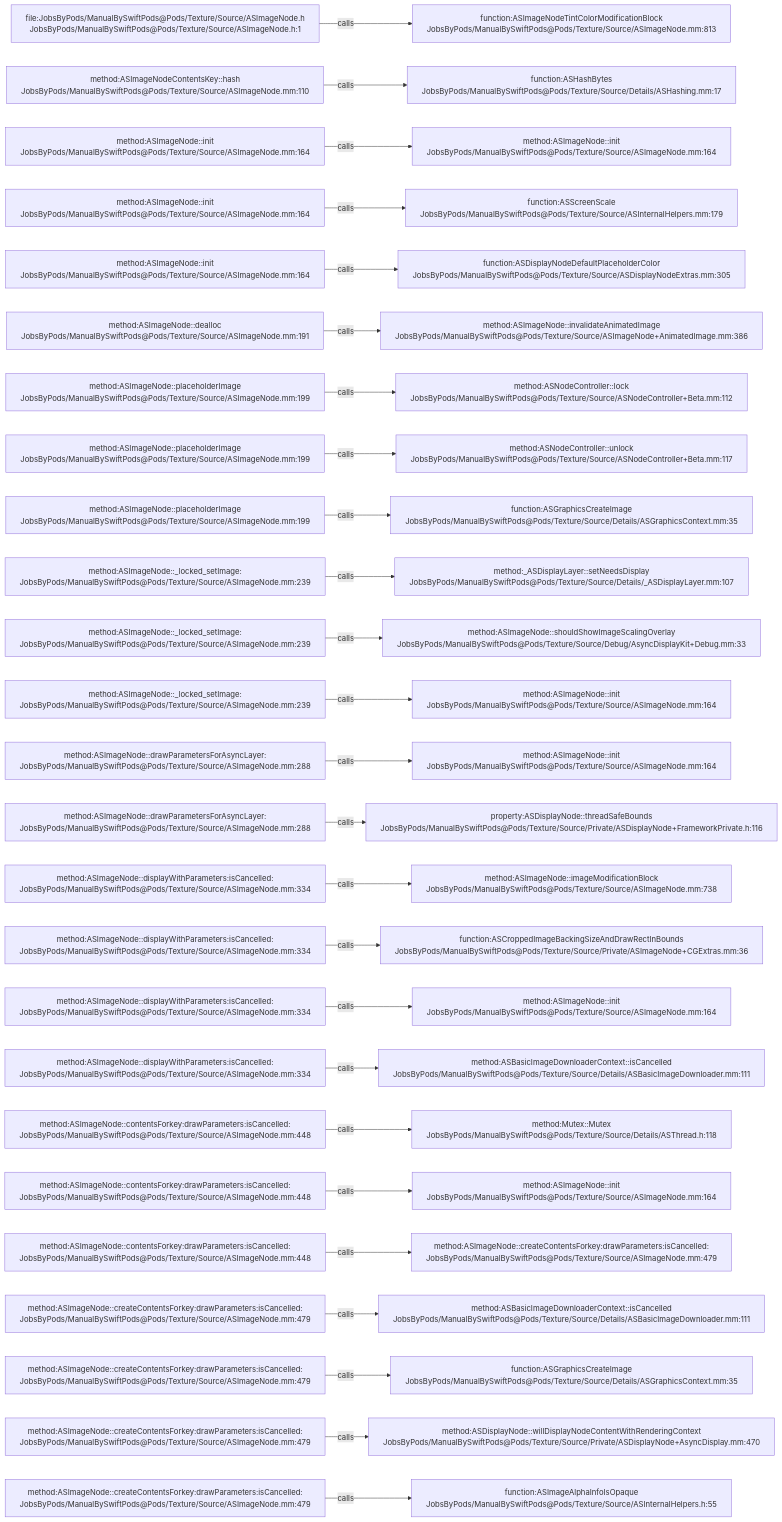
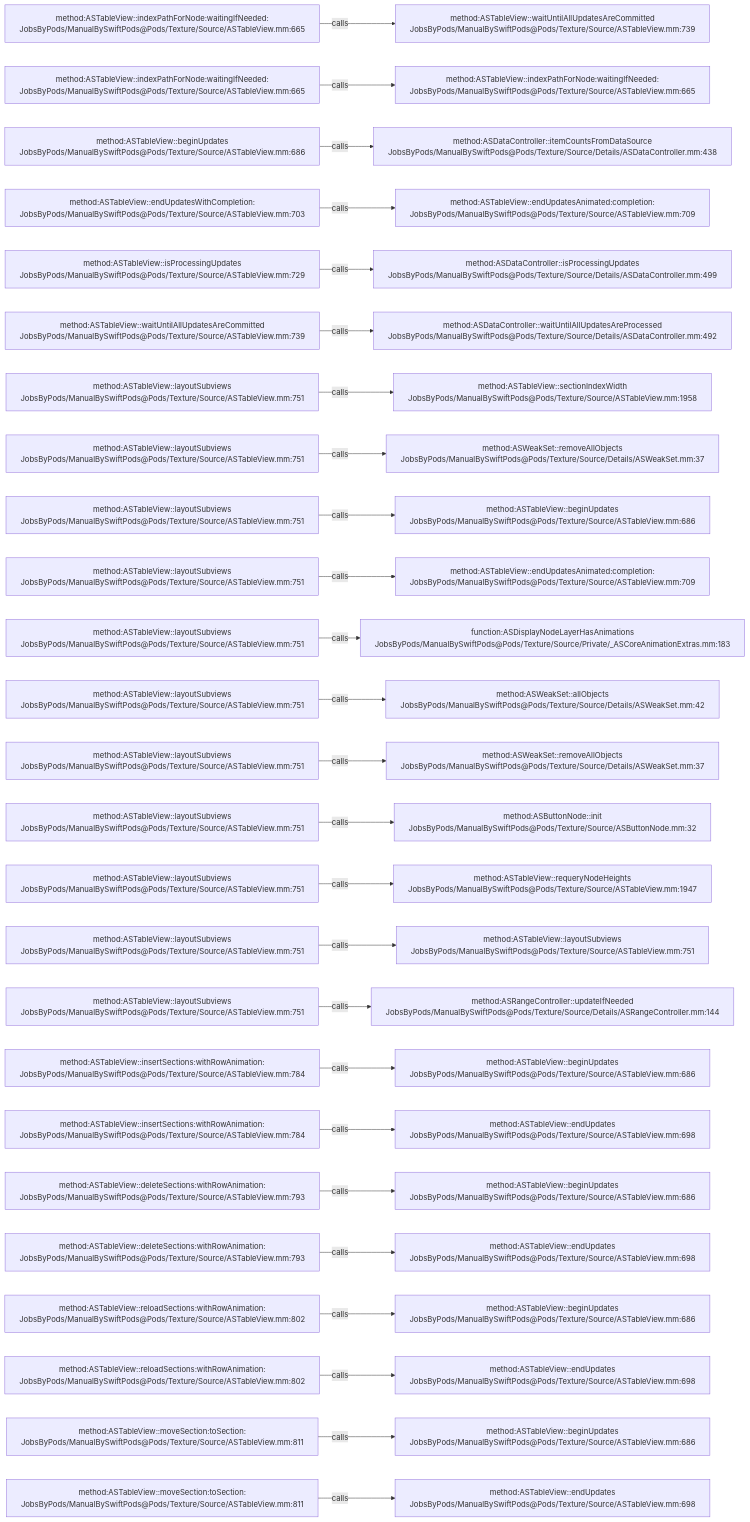
The diagram in .codegraph/codegraph.md/graphs/calls-060.md (JobsKits/JobsSwiftBaseConfigDemo), drawn with Mermaid before and after one commit. The commit also changed 832 other files, not shown here.

````diff
--- a/.codegraph/codegraph.md/graphs/calls-060.md
+++ b/.codegraph/codegraph.md/graphs/calls-060.md
@@ -13,78 +13,78 @@
 ```mermaid
 flowchart LR
-  S1["file:JobsByPods/ManualBySwiftPods@Pods/Texture/Source/ASImageNode.h<br/>JobsByPods/ManualBySwiftPods@Pods/Texture/Source/ASImageNode.h:1"]
-  T1["function:ASImageNodeTintColorModificationBlock<br/>JobsByPods/ManualBySwiftPods@Pods/Texture/Source/ASImageNode.mm:813"]
+  S1["method:ASTableView::indexPathForNode:waitingIfNeeded:<br/>JobsByPods/ManualBySwiftPods@Pods/Texture/Source/ASTableView.mm:665"]
+  T1["method:ASTableView::waitUntilAllUpdatesAreCommitted<br/>JobsByPods/ManualBySwiftPods@Pods/Texture/Source/ASTableView.mm:739"]
   S1 -->|calls| T1
-  S2["method:ASImageNodeContentsKey::hash<br/>JobsByPods/ManualBySwiftPods@Pods/Texture/Source/ASImageNode.mm:110"]
-  T2["function:ASHashBytes<br/>JobsByPods/ManualBySwiftPods@Pods/Texture/Source/Details/ASHashing.mm:17"]
+  S2["method:ASTableView::indexPathForNode:waitingIfNeeded:<br/>JobsByPods/ManualBySwiftPods@Pods/Texture/Source/ASTableView.mm:665"]
+  T2["method:ASTableView::indexPathForNode:waitingIfNeeded:<br/>JobsByPods/ManualBySwiftPods@Pods/Texture/Source/ASTableView.mm:665"]
   S2 -->|calls| T2
-  S3["method:ASImageNode::init<br/>JobsByPods/ManualBySwiftPods@Pods/Texture/Source/ASImageNode.mm:164"]
-  T3["method:ASImageNode::init<br/>JobsByPods/ManualBySwiftPods@Pods/Texture/Source/ASImageNode.mm:164"]
+  S3["method:ASTableView::beginUpdates<br/>JobsByPods/ManualBySwiftPods@Pods/Texture/Source/ASTableView.mm:686"]
+  T3["method:ASDataController::itemCountsFromDataSource<br/>JobsByPods/ManualBySwiftPods@Pods/Texture/Source/Details/ASDataController.mm:438"]
   S3 -->|calls| T3
-  S4["method:ASImageNode::init<br/>JobsByPods/ManualBySwiftPods@Pods/Texture/Source/ASImageNode.mm:164"]
-  T4["function:ASScreenScale<br/>JobsByPods/ManualBySwiftPods@Pods/Texture/Source/ASInternalHelpers.mm:179"]
+  S4["method:ASTableView::endUpdatesWithCompletion:<br/>JobsByPods/ManualBySwiftPods@Pods/Texture/Source/ASTableView.mm:703"]
+  T4["method:ASTableView::endUpdatesAnimated:completion:<br/>JobsByPods/ManualBySwiftPods@Pods/Texture/Source/ASTableView.mm:709"]
   S4 -->|calls| T4
-  S5["method:ASImageNode::init<br/>JobsByPods/ManualBySwiftPods@Pods/Texture/Source/ASImageNode.mm:164"]
-  T5["function:ASDisplayNodeDefaultPlaceholderColor<br/>JobsByPods/ManualBySwiftPods@Pods/Texture/Source/ASDisplayNodeExtras.mm:305"]
+  S5["method:ASTableView::isProcessingUpdates<br/>JobsByPods/ManualBySwiftPods@Pods/Texture/Source/ASTableView.mm:729"]
+  T5["method:ASDataController::isProcessingUpdates<br/>JobsByPods/ManualBySwiftPods@Pods/Texture/Source/Details/ASDataController.mm:499"]
   S5 -->|calls| T5
-  S6["method:ASImageNode::dealloc<br/>JobsByPods/ManualBySwiftPods@Pods/Texture/Source/ASImageNode.mm:191"]
-  T6["method:ASImageNode::invalidateAnimatedImage<br/>JobsByPods/ManualBySwiftPods@Pods/Texture/Source/ASImageNode+AnimatedImage.mm:386"]
+  S6["method:ASTableView::waitUntilAllUpdatesAreCommitted<br/>JobsByPods/ManualBySwiftPods@Pods/Texture/Source/ASTableView.mm:739"]
+  T6["method:ASDataController::waitUntilAllUpdatesAreProcessed<br/>JobsByPods/ManualBySwiftPods@Pods/Texture/Source/Details/ASDataController.mm:492"]
   S6 -->|calls| T6
-  S7["method:ASImageNode::placeholderImage<br/>JobsByPods/ManualBySwiftPods@Pods/Texture/Source/ASImageNode.mm:199"]
-  T7["method:ASNodeController::lock<br/>JobsByPods/ManualBySwiftPods@Pods/Texture/Source/ASNodeController+Beta.mm:112"]
+  S7["method:ASTableView::layoutSubviews<br/>JobsByPods/ManualBySwiftPods@Pods/Texture/Source/ASTableView.mm:751"]
+  T7["method:ASTableView::sectionIndexWidth<br/>JobsByPods/ManualBySwiftPods@Pods/Texture/Source/ASTableView.mm:1958"]
   S7 -->|calls| T7
-  S8["method:ASImageNode::placeholderImage<br/>JobsByPods/ManualBySwiftPods@Pods/Texture/Source/ASImageNode.mm:199"]
-  T8["method:ASNodeController::unlock<br/>JobsByPods/ManualBySwiftPods@Pods/Texture/Source/ASNodeController+Beta.mm:117"]
+  S8["method:ASTableView::layoutSubviews<br/>JobsByPods/ManualBySwiftPods@Pods/Texture/Source/ASTableView.mm:751"]
+  T8["method:ASWeakSet::removeAllObjects<br/>JobsByPods/ManualBySwiftPods@Pods/Texture/Source/Details/ASWeakSet.mm:37"]
   S8 -->|calls| T8
-  S9["method:ASImageNode::placeholderImage<br/>JobsByPods/ManualBySwiftPods@Pods/Texture/Source/ASImageNode.mm:199"]
-  T9["function:ASGraphicsCreateImage<br/>JobsByPods/ManualBySwiftPods@Pods/Texture/Source/Details/ASGraphicsContext.mm:35"]
+  S9["method:ASTableView::layoutSubviews<br/>JobsByPods/ManualBySwiftPods@Pods/Texture/Source/ASTableView.mm:751"]
+  T9["method:ASTableView::beginUpdates<br/>JobsByPods/ManualBySwiftPods@Pods/Texture/Source/ASTableView.mm:686"]
   S9 -->|calls| T9
-  S10["method:ASImageNode::_locked_setImage:<br/>JobsByPods/ManualBySwiftPods@Pods/Texture/Source/ASImageNode.mm:239"]
-  T10["method:_ASDisplayLayer::setNeedsDisplay<br/>JobsByPods/ManualBySwiftPods@Pods/Texture/Source/Details/_ASDisplayLayer.mm:107"]
+  S10["method:ASTableView::layoutSubviews<br/>JobsByPods/ManualBySwiftPods@Pods/Texture/Source/ASTableView.mm:751"]
+  T10["method:ASTableView::endUpdatesAnimated:completion:<br/>JobsByPods/ManualBySwiftPods@Pods/Texture/Source/ASTableView.mm:709"]
   S10 -->|calls| T10
-  S11["method:ASImageNode::_locked_setImage:<br/>JobsByPods/ManualBySwiftPods@Pods/Texture/Source/ASImageNode.mm:239"]
-  T11["method:ASImageNode::shouldShowImageScalingOverlay<br/>JobsByPods/ManualBySwiftPods@Pods/Texture/Source/Debug/AsyncDisplayKit+Debug.mm:33"]
+  S11["method:ASTableView::layoutSubviews<br/>JobsByPods/ManualBySwiftPods@Pods/Texture/Source/ASTableView.mm:751"]
+  T11["function:ASDisplayNodeLayerHasAnimations<br/>JobsByPods/ManualBySwiftPods@Pods/Texture/Source/Private/_ASCoreAnimationExtras.mm:183"]
   S11 -->|calls| T11
-  S12["method:ASImageNode::_locked_setImage:<br/>JobsByPods/ManualBySwiftPods@Pods/Texture/Source/ASImageNode.mm:239"]
-  T12["method:ASImageNode::init<br/>JobsByPods/ManualBySwiftPods@Pods/Texture/Source/ASImageNode.mm:164"]
+  S12["method:ASTableView::layoutSubviews<br/>JobsByPods/ManualBySwiftPods@Pods/Texture/Source/ASTableView.mm:751"]
+  T12["method:ASWeakSet::allObjects<br/>JobsByPods/ManualBySwiftPods@Pods/Texture/Source/Details/ASWeakSet.mm:42"]
   S12 -->|calls| T12
-  S13["method:ASImageNode::drawParametersForAsyncLayer:<br/>JobsByPods/ManualBySwiftPods@Pods/Texture/Source/ASImageNode.mm:288"]
-  T13["method:ASImageNode::init<br/>JobsByPods/ManualBySwiftPods@Pods/Texture/Source/ASImageNode.mm:164"]
+  S13["method:ASTableView::layoutSubviews<br/>JobsByPods/ManualBySwiftPods@Pods/Texture/Source/ASTableView.mm:751"]
+  T13["method:ASWeakSet::removeAllObjects<br/>JobsByPods/ManualBySwiftPods@Pods/Texture/Source/Details/ASWeakSet.mm:37"]
   S13 -->|calls| T13
-  S14["method:ASImageNode::drawParametersForAsyncLayer:<br/>JobsByPods/ManualBySwiftPods@Pods/Texture/Source/ASImageNode.mm:288"]
-  T14["property:ASDisplayNode::threadSafeBounds<br/>JobsByPods/ManualBySwiftPods@Pods/Texture/Source/Private/ASDisplayNode+FrameworkPrivate.h:116"]
+  S14["method:ASTableView::layoutSubviews<br/>JobsByPods/ManualBySwiftPods@Pods/Texture/Source/ASTableView.mm:751"]
+  T14["method:ASButtonNode::init<br/>JobsByPods/ManualBySwiftPods@Pods/Texture/Source/ASButtonNode.mm:32"]
   S14 -->|calls| T14
-  S15["method:ASImageNode::displayWithParameters:isCancelled:<br/>JobsByPods/ManualBySwiftPods@Pods/Texture/Source/ASImageNode.mm:334"]
-  T15["method:ASImageNode::imageModificationBlock<br/>JobsByPods/ManualBySwiftPods@Pods/Texture/Source/ASImageNode.mm:738"]
+  S15["method:ASTableView::layoutSubviews<br/>JobsByPods/ManualBySwiftPods@Pods/Texture/Source/ASTableView.mm:751"]
+  T15["method:ASTableView::requeryNodeHeights<br/>JobsByPods/ManualBySwiftPods@Pods/Texture/Source/ASTableView.mm:1947"]
   S15 -->|calls| T15
-  S16["method:ASImageNode::displayWithParameters:isCancelled:<br/>JobsByPods/ManualBySwiftPods@Pods/Texture/Source/ASImageNode.mm:334"]
-  T16["function:ASCroppedImageBackingSizeAndDrawRectInBounds<br/>JobsByPods/ManualBySwiftPods@Pods/Texture/Source/Private/ASImageNode+CGExtras.mm:36"]
+  S16["method:ASTableView::layoutSubviews<br/>JobsByPods/ManualBySwiftPods@Pods/Texture/Source/ASTableView.mm:751"]
+  T16["method:ASTableView::layoutSubviews<br/>JobsByPods/ManualBySwiftPods@Pods/Texture/Source/ASTableView.mm:751"]
   S16 -->|calls| T16
-  S17["method:ASImageNode::displayWithParameters:isCancelled:<br/>JobsByPods/ManualBySwiftPods@Pods/Texture/Source/ASImageNode.mm:334"]
-  T17["method:ASImageNode::init<br/>JobsByPods/ManualBySwiftPods@Pods/Texture/Source/ASImageNode.mm:164"]
+  S17["method:ASTableView::layoutSubviews<br/>JobsByPods/ManualBySwiftPods@Pods/Texture/Source/ASTableView.mm:751"]
+  T17["method:ASRangeController::updateIfNeeded<br/>JobsByPods/ManualBySwiftPods@Pods/Texture/Source/Details/ASRangeController.mm:144"]
   S17 -->|calls| T17
-  S18["method:ASImageNode::displayWithParameters:isCancelled:<br/>JobsByPods/ManualBySwiftPods@Pods/Texture/Source/ASImageNode.mm:334"]
-  T18["method:ASBasicImageDownloaderContext::isCancelled<br/>JobsByPods/ManualBySwiftPods@Pods/Texture/Source/Details/ASBasicImageDownloader.mm:111"]
+  S18["method:ASTableView::insertSections:withRowAnimation:<br/>JobsByPods/ManualBySwiftPods@Pods/Texture/Source/ASTableView.mm:784"]
+  T18["method:ASTableView::beginUpdates<br/>JobsByPods/ManualBySwiftPods@Pods/Texture/Source/ASTableView.mm:686"]
   S18 -->|calls| T18
-  S19["method:ASImageNode::contentsForkey:drawParameters:isCancelled:<br/>JobsByPods/ManualBySwiftPods@Pods/Texture/Source/ASImageNode.mm:448"]
-  T19["method:Mutex::Mutex<br/>JobsByPods/ManualBySwiftPods@Pods/Texture/Source/Details/ASThread.h:118"]
+  S19["method:ASTableView::insertSections:withRowAnimation:<br/>JobsByPods/ManualBySwiftPods@Pods/Texture/Source/ASTableView.mm:784"]
+  T19["method:ASTableView::endUpdates<br/>JobsByPods/ManualBySwiftPods@Pods/Texture/Source/ASTableView.mm:698"]
   S19 -->|calls| T19
-  S20["method:ASImageNode::contentsForkey:drawParameters:isCancelled:<br/>JobsByPods/ManualBySwiftPods@Pods/Texture/Source/ASImageNode.mm:448"]
-  T20["method:ASImageNode::init<br/>JobsByPods/ManualBySwiftPods@Pods/Texture/Source/ASImageNode.mm:164"]
+  S20["method:ASTableView::deleteSections:withRowAnimation:<br/>JobsByPods/ManualBySwiftPods@Pods/Texture/Source/ASTableView.mm:793"]
+  T20["method:ASTableView::beginUpdates<br/>JobsByPods/ManualBySwiftPods@Pods/Texture/Source/ASTableView.mm:686"]
   S20 -->|calls| T20
-  S21["method:ASImageNode::contentsForkey:drawParameters:isCancelled:<br/>JobsByPods/ManualBySwiftPods@Pods/Texture/Source/ASImageNode.mm:448"]
-  T21["method:ASImageNode::createContentsForkey:drawParameters:isCancelled:<br/>JobsByPods/ManualBySwiftPods@Pods/Texture/Source/ASImageNode.mm:479"]
+  S21["method:ASTableView::deleteSections:withRowAnimation:<br/>JobsByPods/ManualBySwiftPods@Pods/Texture/Source/ASTableView.mm:793"]
+  T21["method:ASTableView::endUpdates<br/>JobsByPods/ManualBySwiftPods@Pods/Texture/Source/ASTableView.mm:698"]
   S21 -->|calls| T21
-  S22["method:ASImageNode::createContentsForkey:drawParameters:isCancelled:<br/>JobsByPods/ManualBySwiftPods@Pods/Texture/Source/ASImageNode.mm:479"]
-  T22["method:ASBasicImageDownloaderContext::isCancelled<br/>JobsByPods/ManualBySwiftPods@Pods/Texture/Source/Details/ASBasicImageDownloader.mm:111"]
+  S22["method:ASTableView::reloadSections:withRowAnimation:<br/>JobsByPods/ManualBySwiftPods@Pods/Texture/Source/ASTableView.mm:802"]
+  T22["method:ASTableView::beginUpdates<br/>JobsByPods/ManualBySwiftPods@Pods/Texture/Source/ASTableView.mm:686"]
   S22 -->|calls| T22
-  S23["method:ASImageNode::createContentsForkey:drawParameters:isCancelled:<br/>JobsByPods/ManualBySwiftPods@Pods/Texture/Source/ASImageNode.mm:479"]
-  T23["function:ASGraphicsCreateImage<br/>JobsByPods/ManualBySwiftPods@Pods/Texture/Source/Details/ASGraphicsContext.mm:35"]
+  S23["method:ASTableView::reloadSections:withRowAnimation:<br/>JobsByPods/ManualBySwiftPods@Pods/Texture/Source/ASTableView.mm:802"]
+  T23["method:ASTableView::endUpdates<br/>JobsByPods/ManualBySwiftPods@Pods/Texture/Source/ASTableView.mm:698"]
   S23 -->|calls| T23
-  S24["method:ASImageNode::createContentsForkey:drawParameters:isCancelled:<br/>JobsByPods/ManualBySwiftPods@Pods/Texture/Source/ASImageNode.mm:479"]
-  T24["method:ASDisplayNode::willDisplayNodeContentWithRenderingContext<br/>JobsByPods/ManualBySwiftPods@Pods/Texture/Source/Private/ASDisplayNode+AsyncDisplay.mm:470"]
+  S24["method:ASTableView::moveSection:toSection:<br/>JobsByPods/ManualBySwiftPods@Pods/Texture/Source/ASTableView.mm:811"]
+  T24["method:ASTableView::beginUpdates<br/>JobsByPods/ManualBySwiftPods@Pods/Texture/Source/ASTableView.mm:686"]
   S24 -->|calls| T24
-  S25["method:ASImageNode::createContentsForkey:drawParameters:isCancelled:<br/>JobsByPods/ManualBySwiftPods@Pods/Texture/Source/ASImageNode.mm:479"]
-  T25["function:ASImageAlphaInfoIsOpaque<br/>JobsByPods/ManualBySwiftPods@Pods/Texture/Source/ASInternalHelpers.h:55"]
+  S25["method:ASTableView::moveSection:toSection:<br/>JobsByPods/ManualBySwiftPods@Pods/Texture/Source/ASTableView.mm:811"]
+  T25["method:ASTableView::endUpdates<br/>JobsByPods/ManualBySwiftPods@Pods/Texture/Source/ASTableView.mm:698"]
   S25 -->|calls| T25
 ```
````
